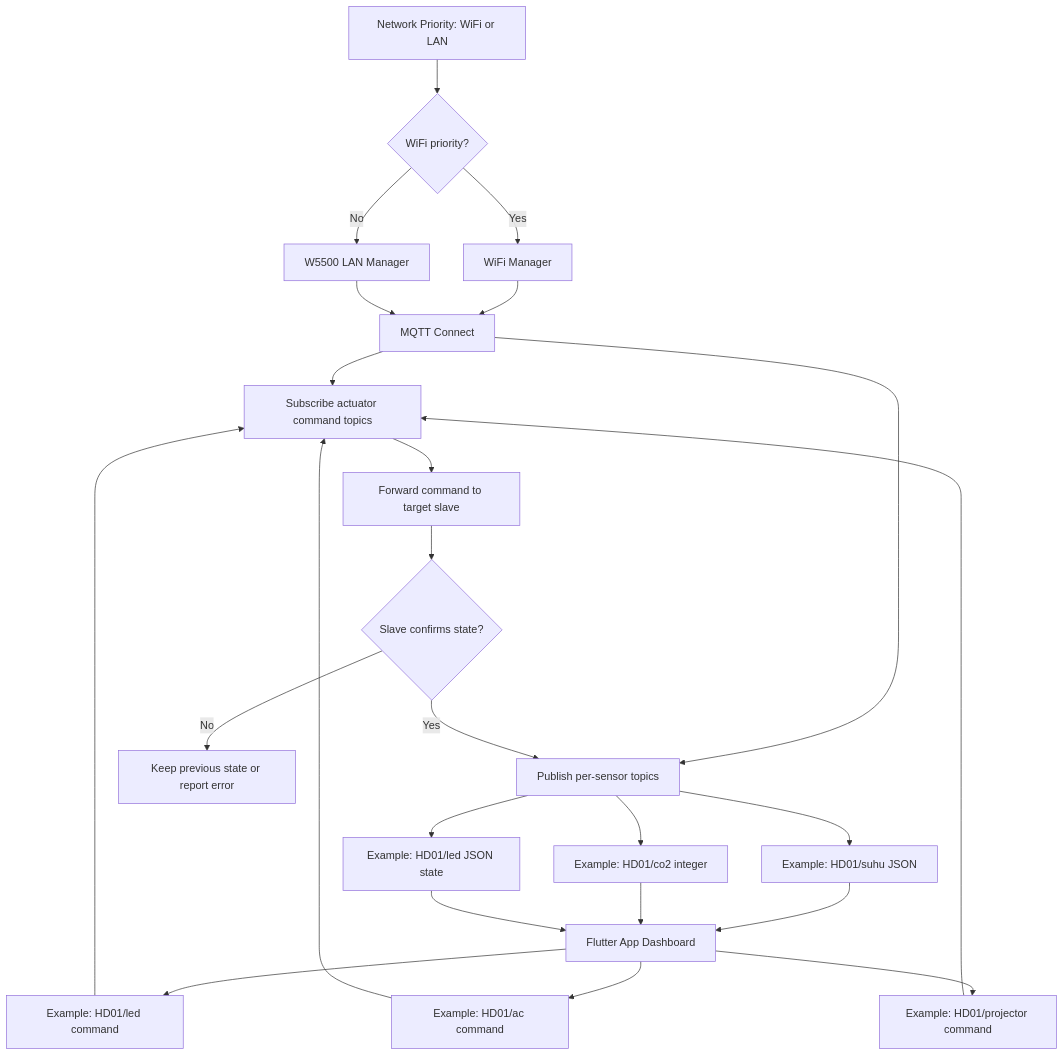
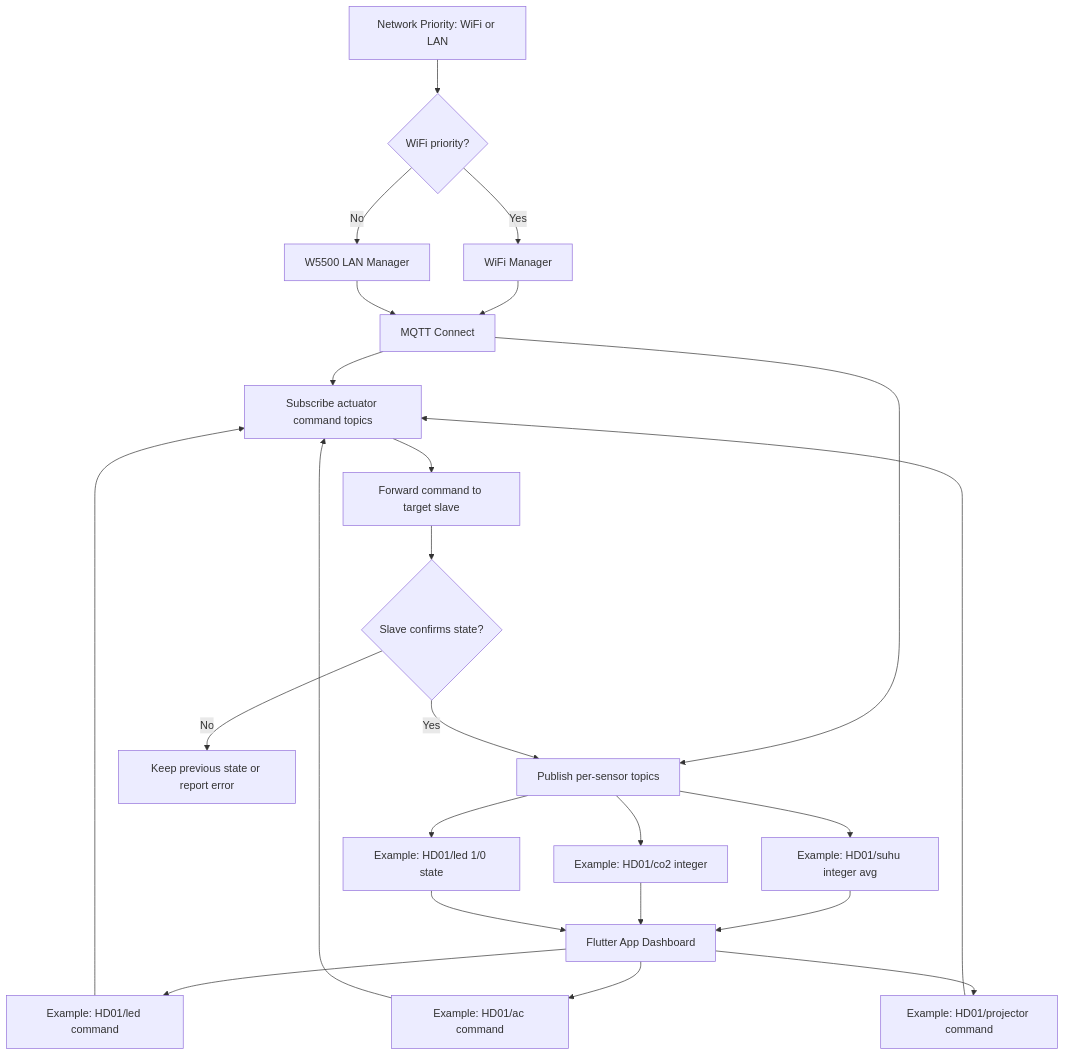
The second of 3 diagrams in README.md (hazzma/smartbuilding-Serial-Master), drawn with Mermaid before and after one commit. The commit also changed other lines of this file and 16 other files, not shown here.

````diff
--- a/README.md
+++ b/README.md
@@ -140,31 +147,31 @@
 ```mermaid
 %% EDIT_TARGET: README.md - Connectivity Flow MQTT
 %% EDIT_PURPOSE: Document Firmware V2 per-topic MQTT publish and actuator command flow
 %% EDIT_REASON: Firmware V2 separates sensor topics, actuator commands, and confirmed state synchronization
 flowchart TD
     NetPriority[Network Priority: WiFi or LAN] --> WiFiPath{WiFi priority?}
     WiFiPath -->|Yes| WiFi[WiFi Manager]
     WiFiPath -->|No| LAN[W5500 LAN Manager]
     WiFi --> MQTTConnect[MQTT Connect]
     LAN --> MQTTConnect
     MQTTConnect --> Subscribe[Subscribe actuator command topics]
     MQTTConnect --> Publish[Publish per-sensor topics]
 
-    Publish --> TempTopic["Example: HD01/suhu JSON"]
+    Publish --> TempTopic["Example: HD01/suhu integer avg"]
     Publish --> CO2Topic["Example: HD01/co2 integer"]
-    Publish --> LEDTopic["Example: HD01/led JSON state"]
+    Publish --> LEDTopic["Example: HD01/led 1/0 state"]
     TempTopic --> Flutter[Flutter App Dashboard]
     CO2Topic --> Flutter
     LEDTopic --> Flutter
 
     Flutter --> LEDCommand["Example: HD01/led command"]
     Flutter --> ACCommand["Example: HD01/ac command"]
     Flutter --> ProjectorCommand["Example: HD01/projector command"]
     LEDCommand --> Subscribe
     ACCommand --> Subscribe
     ProjectorCommand --> Subscribe
     Subscribe --> Forward[Forward command to target slave]
     Forward --> Confirm{Slave confirms state?}
     Confirm -->|Yes| Publish
     Confirm -->|No| RetryOrError[Keep previous state or report error]
 ```
````
